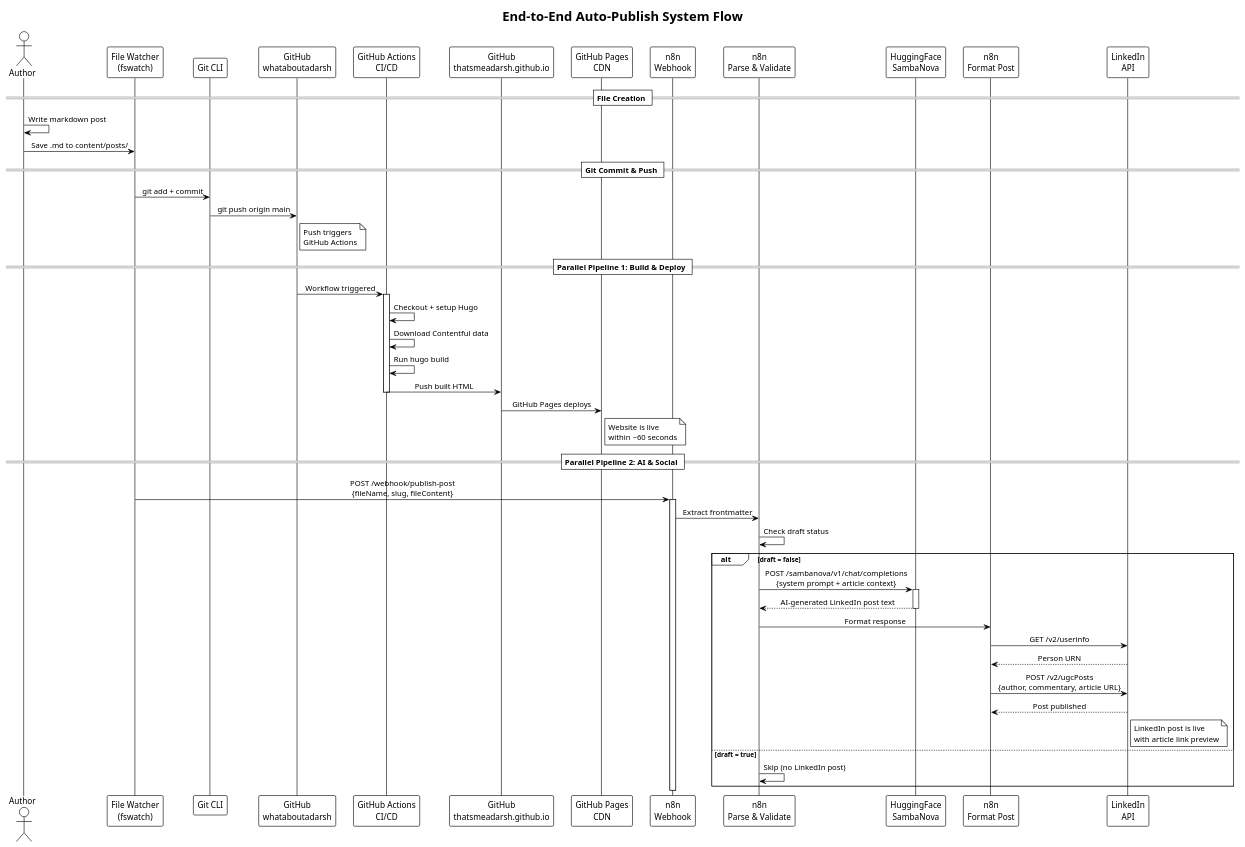
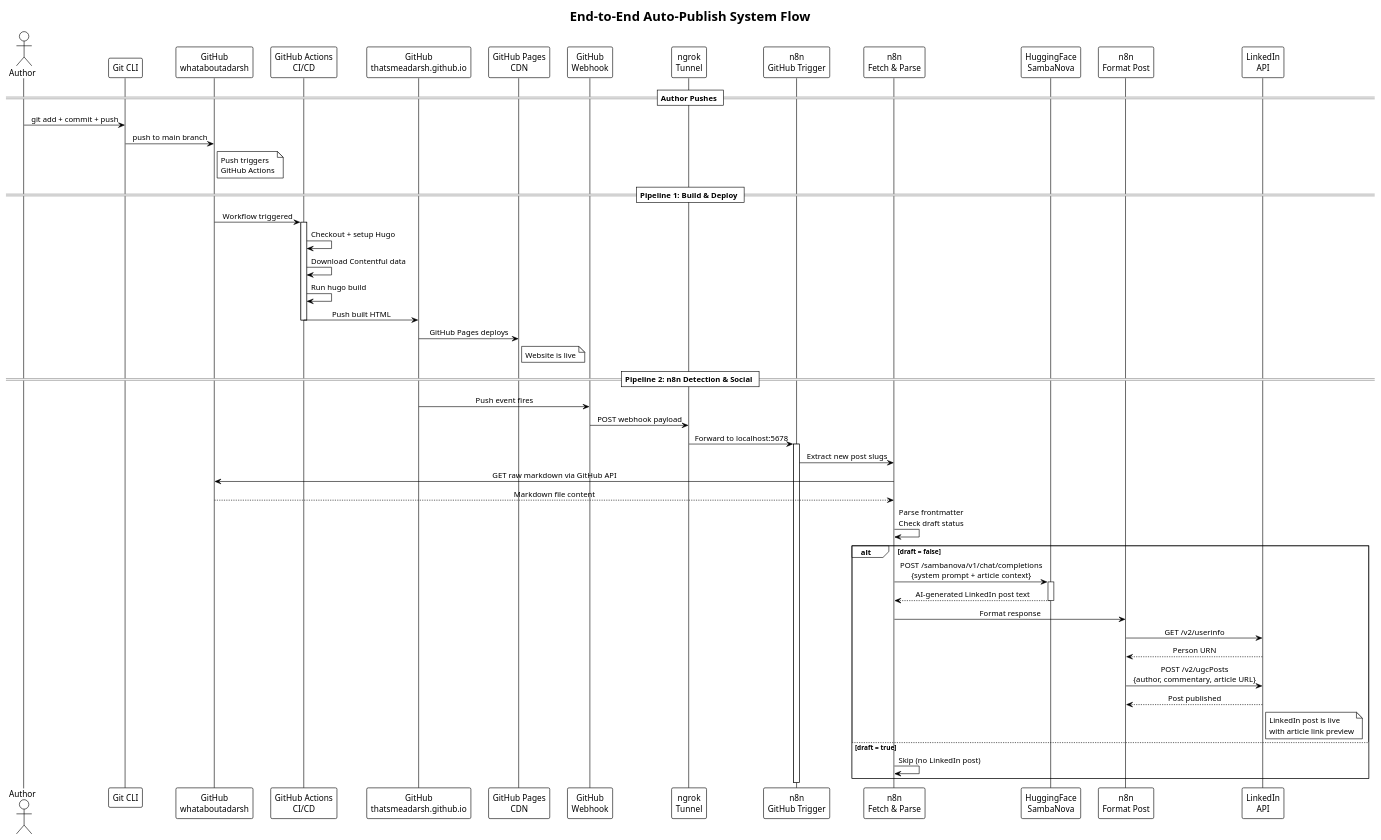
One commit to thatsmeadarsh/n8n-powered-auto-web-publish changed the fifth of 8 diagrams in docs/architecture.md. Above: the diagram before and after it, drawn with PlantUML. The commit also changed other lines of this file and 7 other files, not shown here.

First line of the commit message:
Replace fswatch watcher with GitHub webhook trigger in n8n

````diff
--- a/docs/architecture.md
+++ b/docs/architecture.md
@@ -246,66 +265,67 @@
 ```plantuml
 @startuml
 !theme plain
 skinparam backgroundColor #FFFFFF
 skinparam sequenceMessageAlign center
 skinparam responseMessageBelowArrow true
 
 title End-to-End Auto-Publish System Flow
 
 actor Author as author
-participant "File Watcher\n(fswatch)" as watcher
 participant "Git CLI" as git
 participant "GitHub\nwhataboutadarsh" as hugorepo
 participant "GitHub Actions\nCI/CD" as actions
 participant "GitHub\nthatsmeadarsh.github.io" as pagesrepo
 participant "GitHub Pages\nCDN" as cdn
-participant "n8n\nWebhook" as webhook
-participant "n8n\nParse & Validate" as parse
+participant "GitHub\nWebhook" as ghwh
+participant "ngrok\nTunnel" as tunnel
+participant "n8n\nGitHub Trigger" as trigger
+participant "n8n\nFetch & Parse" as parse
 participant "HuggingFace\nSambaNova" as hf
 participant "n8n\nFormat Post" as format
 participant "LinkedIn\nAPI" as linkedin
 
-== File Creation ==
-author -> author : Write markdown post
-author -> watcher : Save .md to content/posts/
-
-== Git Commit & Push ==
-watcher -> git : git add + commit
-git -> hugorepo : git push origin main
+== Author Pushes ==
+author -> git : git add + commit + push
+git -> hugorepo : push to main branch
 note right of hugorepo : Push triggers\nGitHub Actions
 
-== Parallel Pipeline 1: Build & Deploy ==
+== Pipeline 1: Build & Deploy ==
 hugorepo -> actions : Workflow triggered
 activate actions
 actions -> actions : Checkout + setup Hugo
 actions -> actions : Download Contentful data
 actions -> actions : Run hugo build
 actions -> pagesrepo : Push built HTML
 deactivate actions
 pagesrepo -> cdn : GitHub Pages deploys
-note right of cdn : Website is live\nwithin ~60 seconds
+note right of cdn : Website is live
 
-== Parallel Pipeline 2: AI & Social ==
-watcher -> webhook : POST /webhook/publish-post\n{fileName, slug, fileContent}
-activate webhook
-webhook -> parse : Extract frontmatter
-parse -> parse : Check draft status
+== Pipeline 2: n8n Detection & Social ==
+pagesrepo -> ghwh : Push event fires
+ghwh -> tunnel : POST webhook payload
+tunnel -> trigger : Forward to localhost:5678
+activate trigger
+trigger -> parse : Extract new post slugs
+parse -> hugorepo : GET raw markdown via GitHub API
+hugorepo --> parse : Markdown file content
+parse -> parse : Parse frontmatter\nCheck draft status
 
 alt draft = false
     parse -> hf : POST /sambanova/v1/chat/completions\n{system prompt + article context}
     activate hf
     hf --> parse : AI-generated LinkedIn post text
     deactivate hf
     parse -> format : Format response
     format -> linkedin : GET /v2/userinfo
     linkedin --> format : Person URN
     format -> linkedin : POST /v2/ugcPosts\n{author, commentary, article URL}
     linkedin --> format : Post published
     note right of linkedin : LinkedIn post is live\nwith article link preview
 else draft = true
     parse -> parse : Skip (no LinkedIn post)
 end
-deactivate webhook
+deactivate trigger
 
 @enduml
 ```
````
